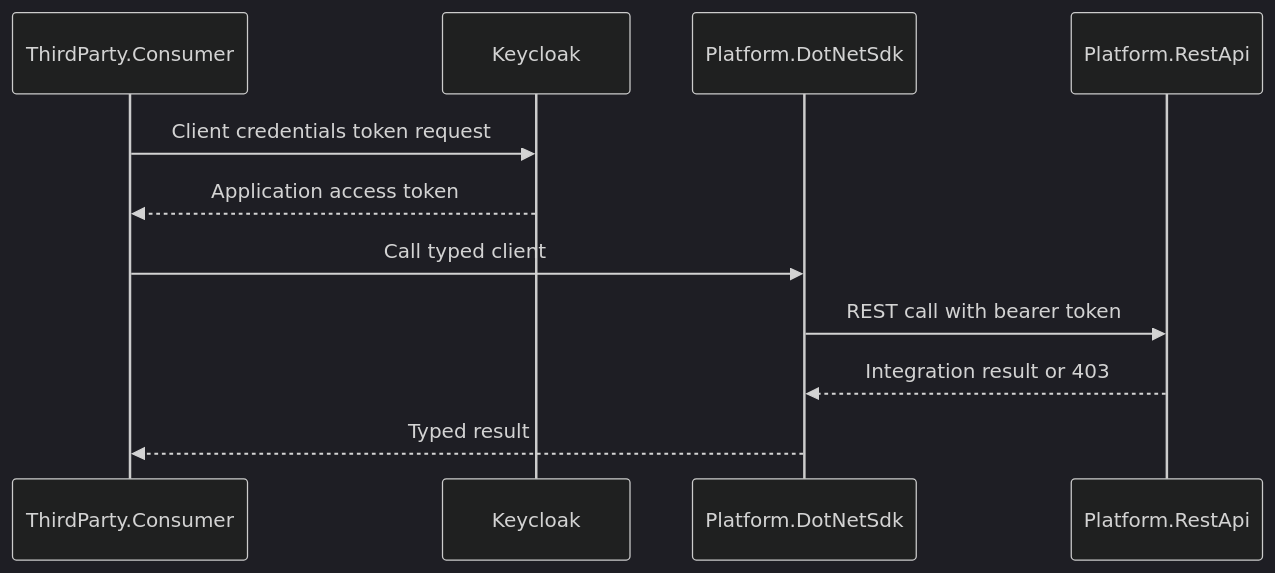
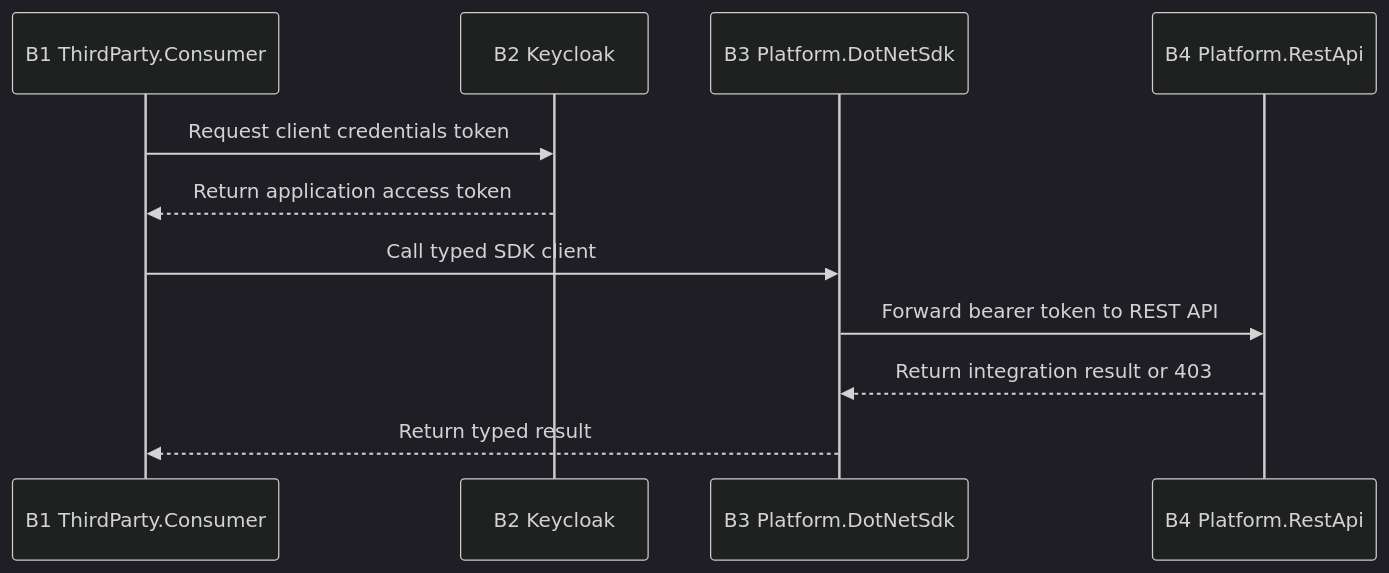
Before and after one commit to haoyucheng369-gif/document-platform-integration: the third of 3 diagrams in README.md, drawn with Mermaid (dark theme). The commit also changed other lines of this file, not shown here.

Commit message:
Clarify README flow diagrams

````diff
--- a/README.md
+++ b/README.md
@@ -70,14 +66,14 @@
 ```mermaid
 sequenceDiagram
-    participant App as ThirdParty.Consumer
-    participant IdP as Keycloak
-    participant SDK as Platform.DotNetSdk
-    participant API as Platform.RestApi
+    participant B1 as B1 ThirdParty.Consumer
+    participant B2 as B2 Keycloak
+    participant B3 as B3 Platform.DotNetSdk
+    participant B4 as B4 Platform.RestApi
 
-    App->>IdP: Client credentials token request
-    IdP-->>App: Application access token
-    App->>SDK: Call typed client
-    SDK->>API: REST call with bearer token
-    API-->>SDK: Integration result or 403
-    SDK-->>App: Typed result
+    B1->>B2: Request client credentials token
+    B2-->>B1: Return application access token
+    B1->>B3: Call typed SDK client
+    B3->>B4: Forward bearer token to REST API
+    B4-->>B3: Return integration result or 403
+    B3-->>B1: Return typed result
 ```
````
